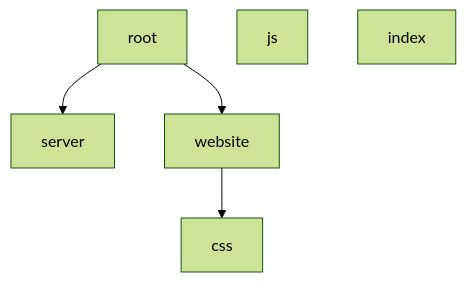
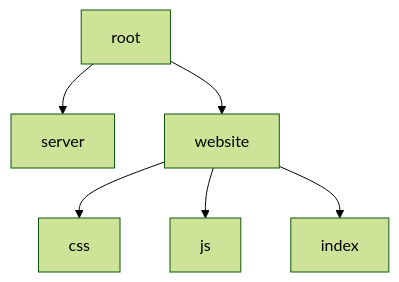
Before and after one commit to Ftohtarek/Udacity-Project: the diagram in weather-journal-app/README.md, drawn with Mermaid (forest theme).

Commit message:
add readme discriptiton

````diff
--- a/weather-journal-app/README.md
+++ b/weather-journal-app/README.md
@@ -10,9 +10,8 @@
 ```mermaid
 graph TD;
 root-->server;
 root-->
-website-->
-css;
-    js;
-    index;
+    website-->css;
+    website-->js;
+    website-->index;
 ```
````
